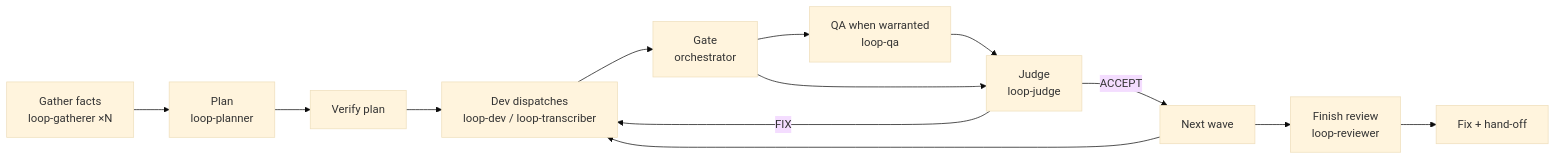
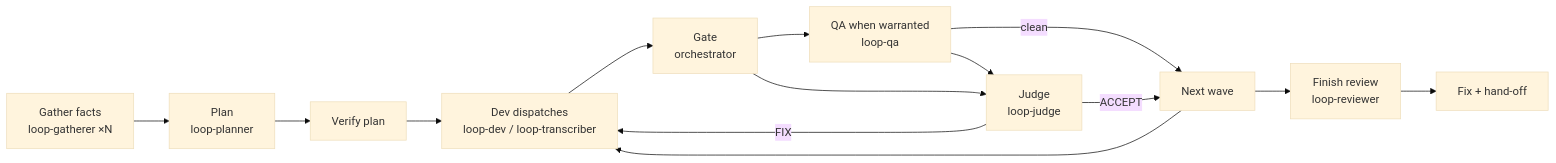
Before and after one commit to MustafaMese/subagent-loop: the diagram in README.md, drawn with Mermaid (base theme). The commit also changed other lines of this file and 2 other files, not shown here.

First line of the commit message:
feat(judge): judge reads contract by section; skip judge on clean QA

````diff
--- a/README.md
+++ b/README.md
@@ -22,15 +22,16 @@
 ```mermaid
 flowchart LR
     Q[Gather facts<br/>loop-gatherer ×N] --> A[Plan<br/>loop-planner]
     A --> B[Verify plan]
     B --> C[Dev dispatches<br/>loop-dev / loop-transcriber]
     C --> D[Gate<br/>orchestrator]
     D --> E[QA when warranted<br/>loop-qa]
     E --> J[Judge<br/>loop-judge]
+    E -->|clean| F
     D --> J
     J -->|FIX| C
     J -->|ACCEPT| F[Next wave]
     F --> C
     F --> G[Finish review<br/>loop-reviewer]
     G --> H[Fix + hand-off]
 ```
````
